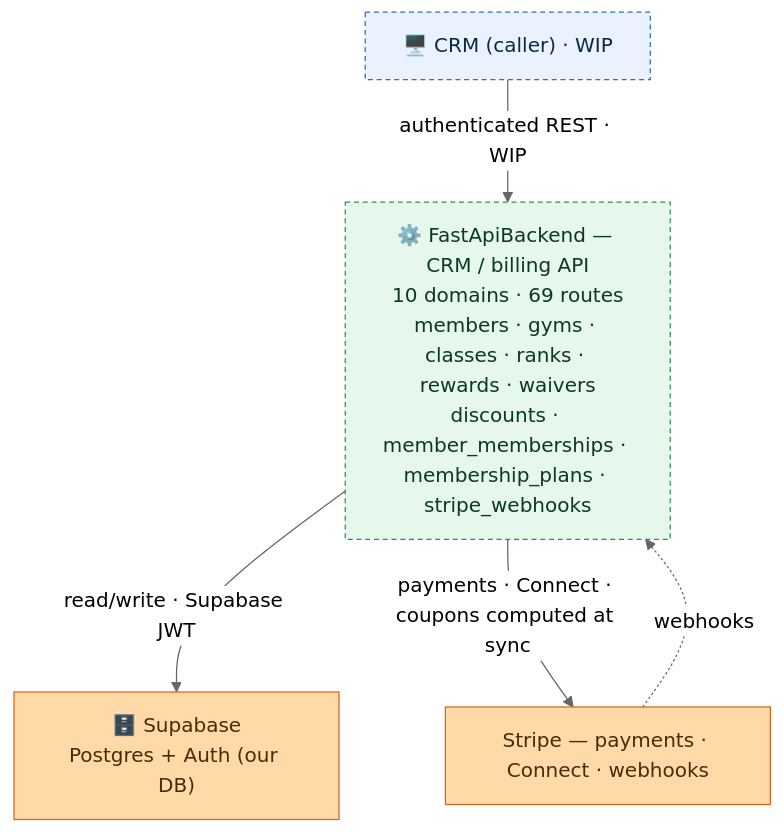
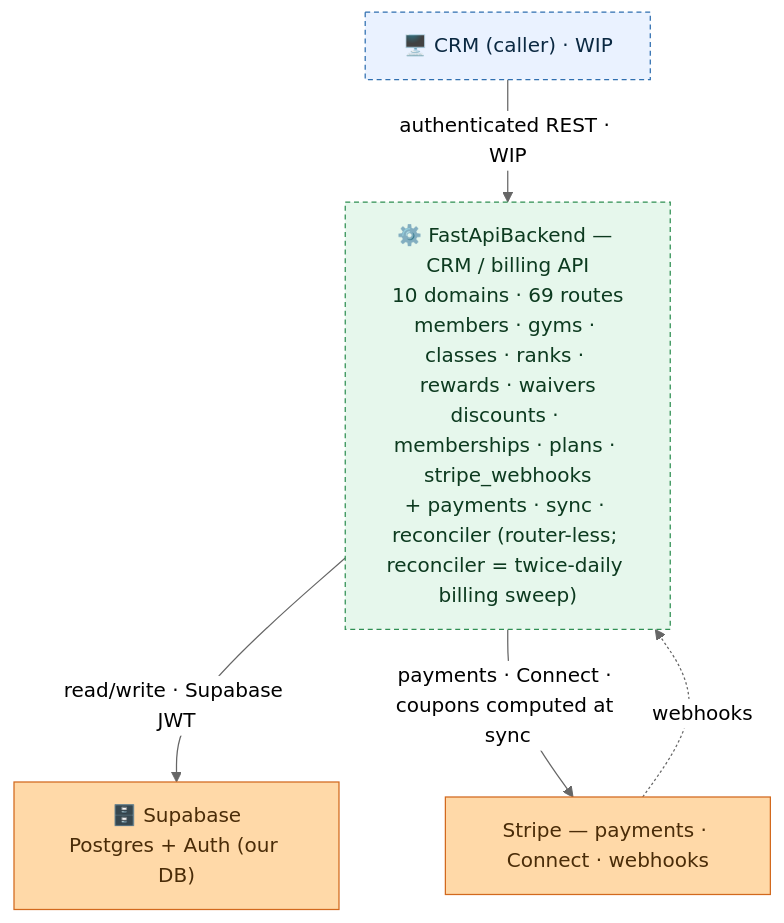
Before and after one commit to jesse51002/CombatDen: the diagram in FastApiBackend/README.md, drawn with Mermaid (neutral theme). The commit also changed other lines of this file and 425 other files, not shown here.

````diff
--- a/FastApiBackend/README.md
+++ b/FastApiBackend/README.md
@@ -15,19 +15,19 @@
 ```mermaid
 flowchart TB
   CRM["🖥️ CRM (caller) · WIP"]
-  FB["⚙️ FastApiBackend — CRM / billing API<br/>10 domains · 69 routes<br/>members · gyms · classes · ranks · rewards · waivers<br/>discounts · member_memberships · membership_plans · stripe_webhooks"]
+  FB["⚙️ FastApiBackend — CRM / billing API<br/>10 domains · 69 routes<br/>members · gyms · classes · ranks · rewards · waivers<br/>discounts · memberships · plans · stripe_webhooks<br/>+ payments · sync · reconciler (router-less; reconciler = twice-daily billing sweep)"]
   Supabase["🗄️ Supabase<br/>Postgres + Auth (our DB)"]
   Stripe["Stripe — payments · Connect · webhooks"]
   CRM -->|"authenticated REST · WIP"| FB
   FB -->|"read/write · Supabase JWT"| Supabase
   FB -->|"payments · Connect · coupons computed at sync"| Stripe
   Stripe -.->|"webhooks"| FB
   classDef client fill:#eaf2ff,stroke:#2f6fb0,color:#0b2942;
   classDef svc fill:#e6f7ec,stroke:#2f8f53,color:#0c3a1f;
   classDef ext fill:#ffd9a8,stroke:#d2691e,color:#4a2c08;
   class CRM client;
   class FB svc;
   class Supabase,Stripe ext;
   style CRM stroke-dasharray:4 3;
   style FB stroke-dasharray:4 3;
 ```
````
